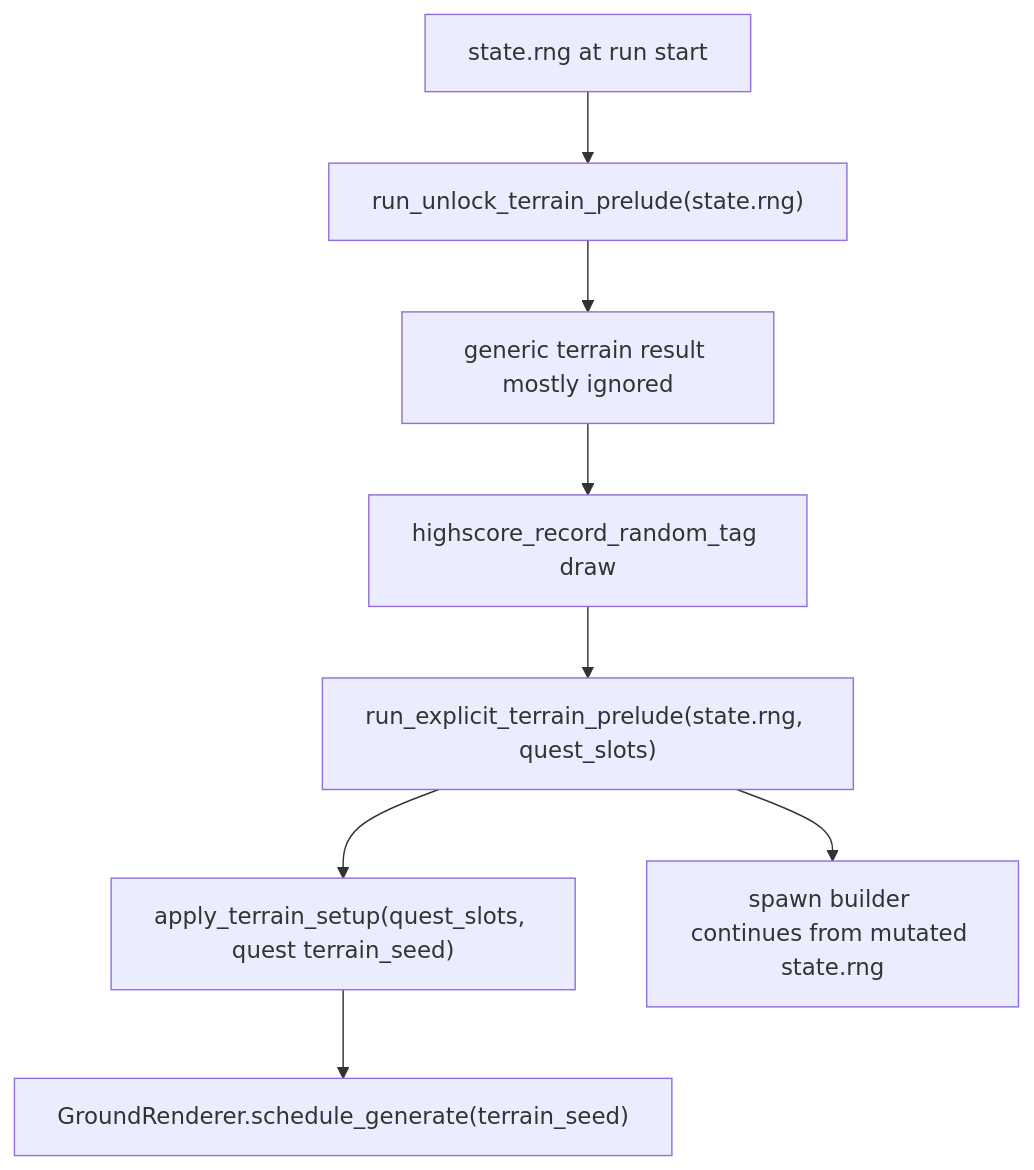
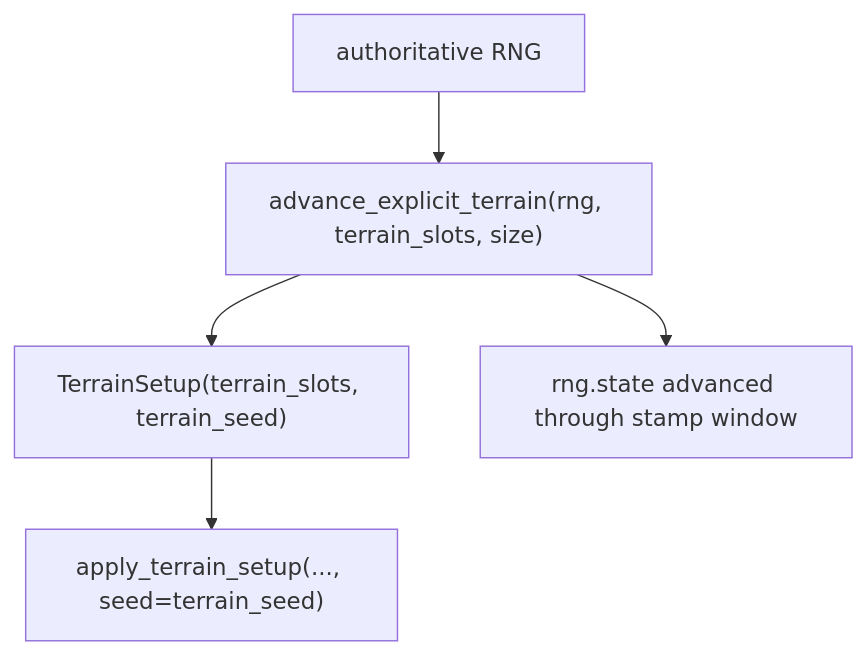
Before and after one commit to banteg/crimson: the second of 3 diagrams in docs/rewrite/terrain-seed-architecture.md, drawn with Mermaid. The commit also changed other lines of this file and 23 other files, not shown here.

Commit message:
refactor: cut over terrain seed startup boundary

````diff
--- a/docs/rewrite/terrain-seed-architecture.md
+++ b/docs/rewrite/terrain-seed-architecture.md
@@ -130,10 +103,7 @@
 ```mermaid
 flowchart TD
-    A["state.rng at run start"] --> B["run_unlock_terrain_prelude(state.rng)"]
-    B --> C["generic terrain result mostly ignored"]
-    C --> D["highscore_record_random_tag draw"]
-    D --> E["run_explicit_terrain_prelude(state.rng, quest_slots)"]
-    E --> F["apply_terrain_setup(quest_slots, quest terrain_seed)"]
-    F --> G["GroundRenderer.schedule_generate(terrain_seed)"]
-    E --> H["spawn builder continues from mutated state.rng"]
+    A["authoritative RNG"] --> B["advance_explicit_terrain(rng, terrain_slots, size)"]
+    B --> C["TerrainSetup(terrain_slots, terrain_seed)"]
+    B --> D["rng.state advanced through stamp window"]
+    C --> E["apply_terrain_setup(..., seed=terrain_seed)"]
 ```
````
